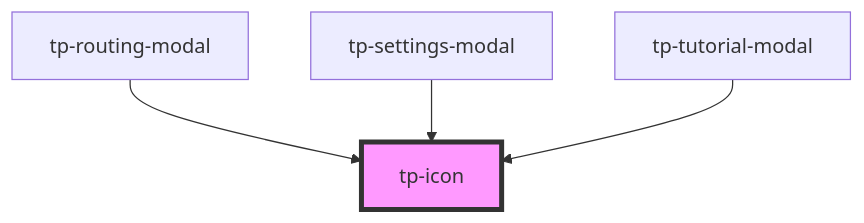
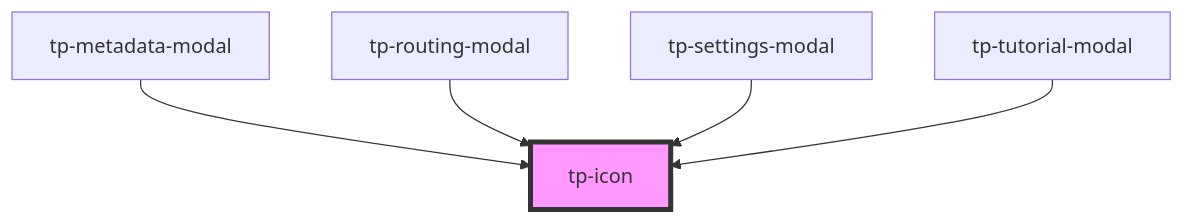
Before and after one commit to Jacob-Griffin/TelephonePictionaryStencilVue: the diagram in packages/byfo-components/src/components/tp-icon/readme.md, drawn with Mermaid. The commit also changed other lines of this file and 13 other files, not shown here.

Commit message:
Add metadata modal

````diff
--- a/packages/byfo-components/src/components/tp-icon/readme.md
+++ b/packages/byfo-components/src/components/tp-icon/readme.md
@@ -24,7 +25,8 @@
 ```mermaid
 graph TD;
+  tp-metadata-modal --> tp-icon
   tp-routing-modal --> tp-icon
   tp-settings-modal --> tp-icon
   tp-tutorial-modal --> tp-icon
   style tp-icon fill:#f9f,stroke:#333,stroke-width:4px
 ```
````
